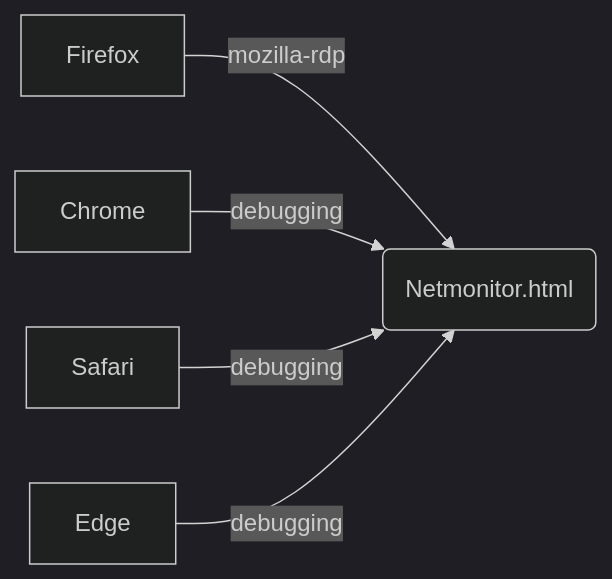
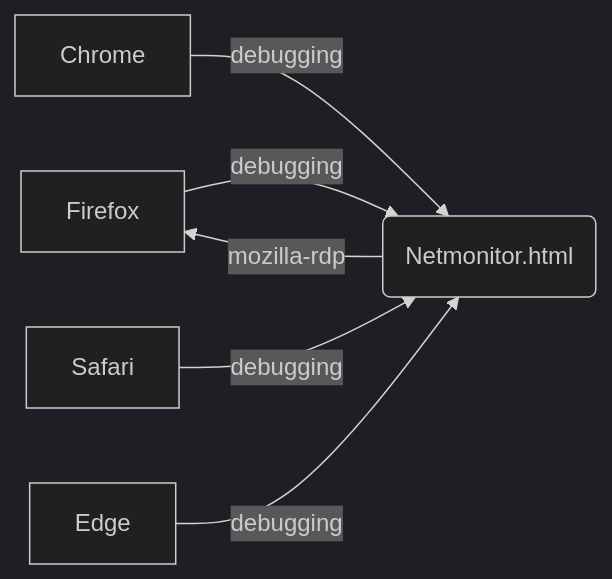
The second of 5 diagrams in source/_posts/current-progress-of-netmonitor-html.md (gasolin/blog), drawn with Mermaid (dark theme) before and after one commit. The commit also changed other lines of this file, not shown here.

```diff
--- a/source/_posts/current-progress-of-netmonitor-html.md
+++ b/source/_posts/current-progress-of-netmonitor-html.md
@@ -30,7 +30,8 @@
 {% mermaid %}
 graph LR
-Firefox -- mozilla-rdp --> netmonitor(Netmonitor.html)
+Firefox -- debugging --> netmonitor(Netmonitor.html)
 Chrome -- debugging --> netmonitor
 Safari -- debugging --> netmonitor
 Edge -- debugging --> netmonitor
+netmonitor -- mozilla-rdp --> Firefox
 {% endmermaid %}
```
